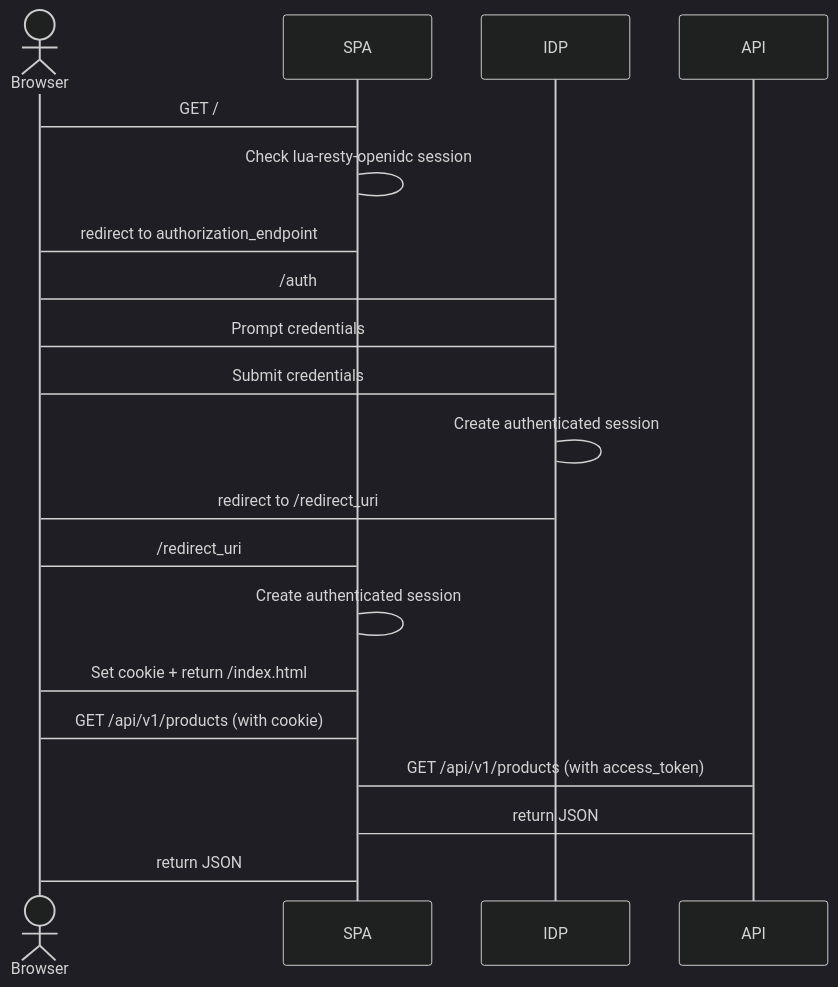
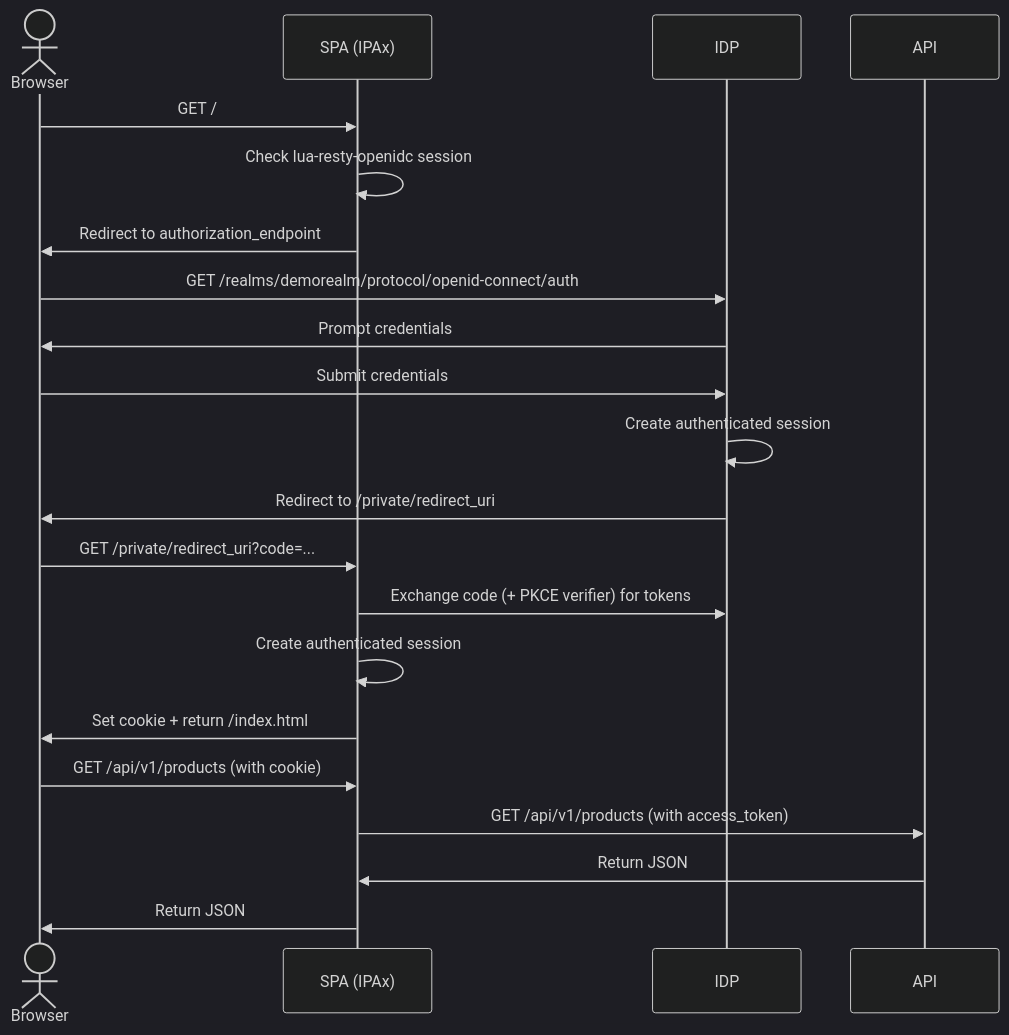
Before and after one commit to Identicum/spa-demoapp-vue: the second of 2 diagrams in README.md, drawn with Mermaid (dark theme). The commit also changed other lines of this file and 37 other files, not shown here.

````diff
--- a/README.md
+++ b/README.md
@@ -6,21 +32,24 @@
 ```mermaid
 sequenceDiagram
+    actor Browser
+    participant SPA as SPA (IPAx)
+    participant IDP
+    participant API
 
-actor Browser
-
-Browser->SPA: GET /
-SPA->SPA: Check lua-resty-openidc session
-SPA->Browser: redirect to authorization_endpoint
-Browser->IDP: /auth
-IDP->Browser: Prompt credentials
-Browser->IDP: Submit credentials
-IDP->IDP: Create authenticated session
-IDP->Browser: redirect to /redirect_uri
-Browser->SPA: /redirect_uri
-SPA->SPA: Create authenticated session
-SPA->Browser: Set cookie + return /index.html
-Browser->SPA: GET /api/v1/products (with cookie)
-SPA->API: GET /api/v1/products (with access_token)
-API->SPA: return JSON
-SPA->Browser: return JSON
+    Browser->>SPA: GET /
+    SPA->>SPA: Check lua-resty-openidc session
+    SPA->>Browser: Redirect to authorization_endpoint
+    Browser->>IDP: GET /realms/demorealm/protocol/openid-connect/auth
+    IDP->>Browser: Prompt credentials
+    Browser->>IDP: Submit credentials
+    IDP->>IDP: Create authenticated session
+    IDP->>Browser: Redirect to /private/redirect_uri
+    Browser->>SPA: GET /private/redirect_uri?code=...
+    SPA->>IDP: Exchange code (+ PKCE verifier) for tokens
+    SPA->>SPA: Create authenticated session
+    SPA->>Browser: Set cookie + return /index.html
+    Browser->>SPA: GET /api/v1/products (with cookie)
+    SPA->>API: GET /api/v1/products (with access_token)
+    API->>SPA: Return JSON
+    SPA->>Browser: Return JSON
 ```
````
